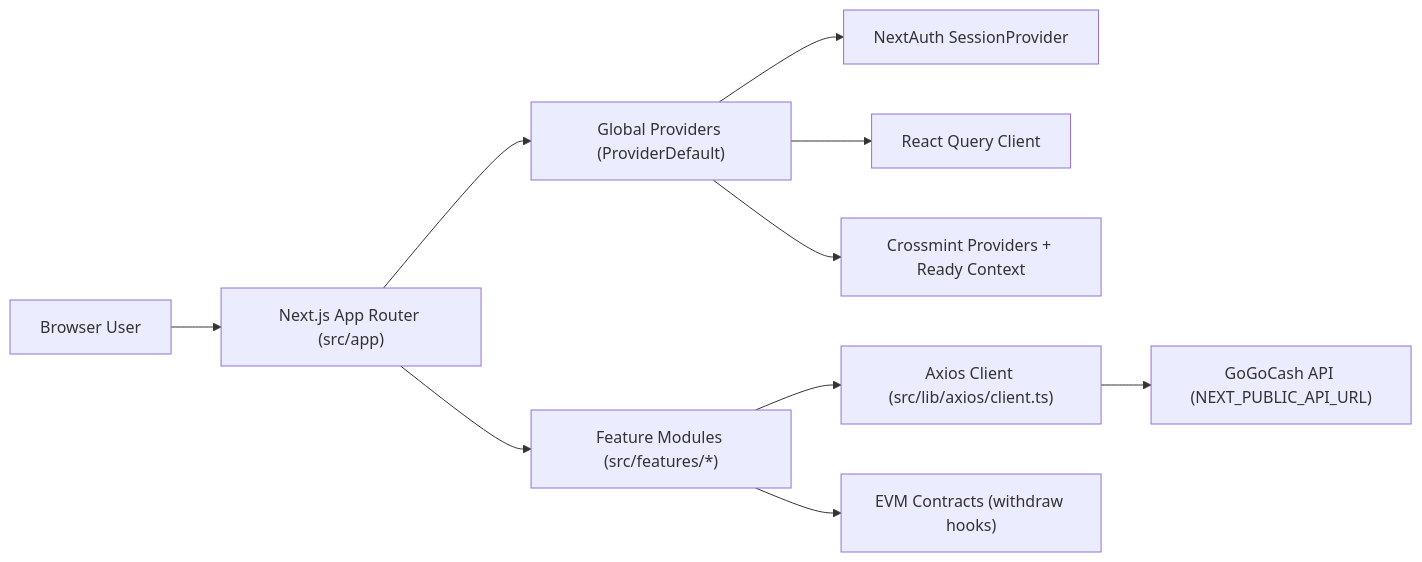
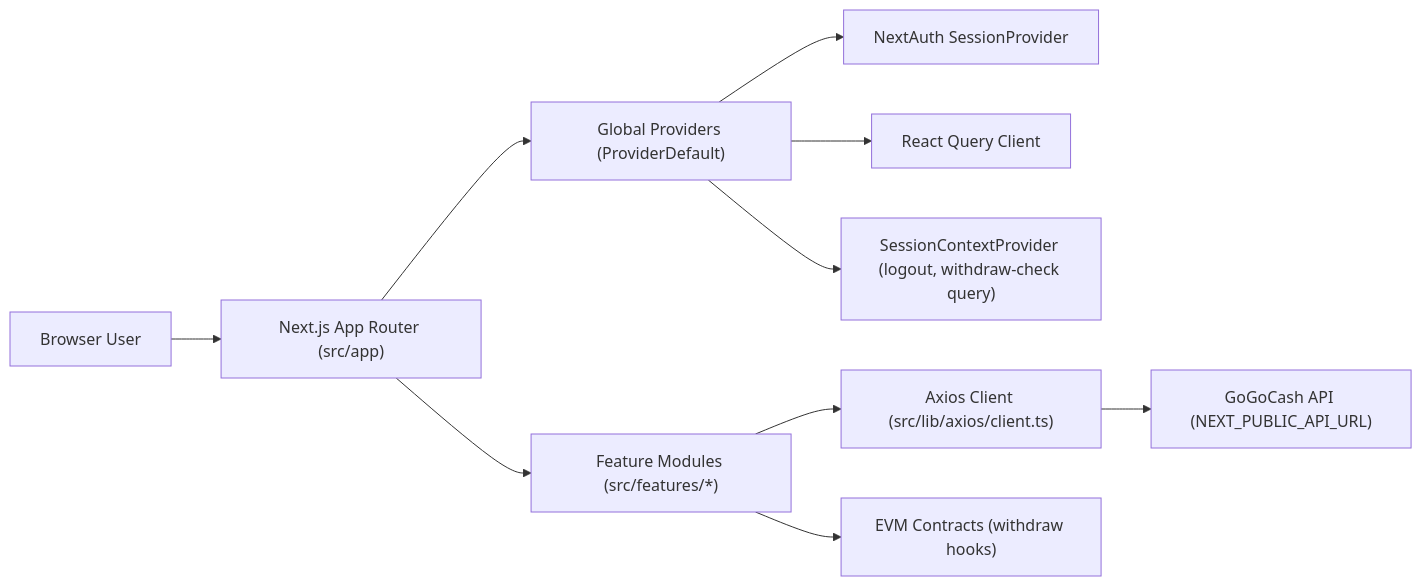
The first of 3 diagrams in README.md (mygogocash/gogocash-monorepo), drawn with Mermaid before and after one commit. The commit also changed other lines of this file and 34 other files, not shown here.

First line of the commit message:
refactor(app): remove Crossmint entirely, replace with SessionContext

````diff
--- a/README.md
+++ b/README.md
@@ -49,12 +47,12 @@
 ```mermaid
 flowchart LR
   User["Browser User"] --> Router["Next.js App Router (src/app)"]
   Router --> Providers["Global Providers (ProviderDefault)"]
   Providers --> Session["NextAuth SessionProvider"]
   Providers --> Query["React Query Client"]
-  Providers --> Crossmint["Crossmint Providers + Ready Context"]
+  Providers --> SessionCtx["SessionContextProvider (logout, withdraw-check query)"]
   Router --> Features["Feature Modules (src/features/*)"]
   Features --> Axios["Axios Client (src/lib/axios/client.ts)"]
   Axios --> Backend["GoGoCash API (NEXT_PUBLIC_API_URL)"]
   Features --> Chain["EVM Contracts (withdraw hooks)"]
 ```
````
